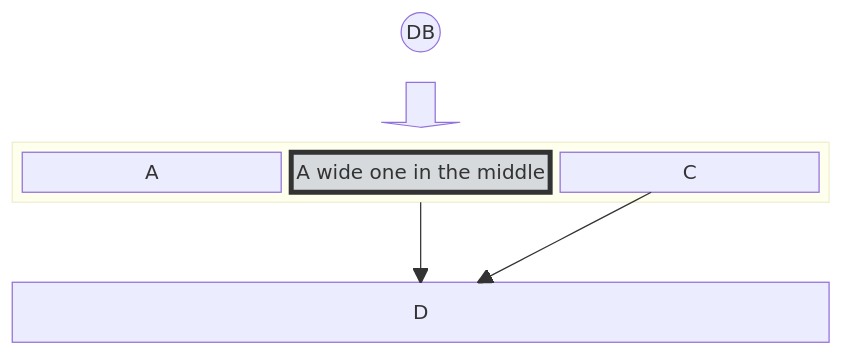
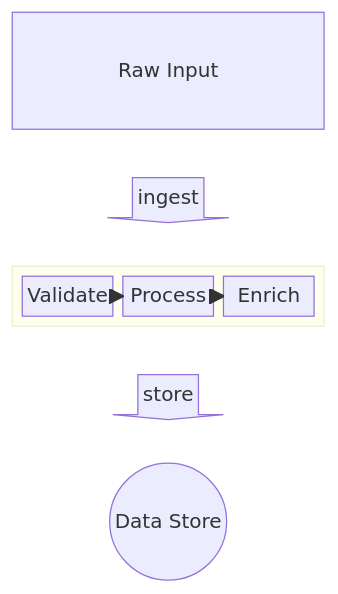
One commit to OKHP3/mermaid-theme-builder changed the diagram in examples/basic-block.mmd. Above: the diagram before and after it, drawn with Mermaid. The commit also changed 7 other files, not shown here.

First line of the commit message:
Enrich basic-*.mmd examples for 7 new diagram families (Task #147)

```diff
--- a/examples/basic-block.mmd
+++ b/examples/basic-block.mmd
@@ -1,14 +1,13 @@
 block-beta
-        columns 1
-          db(("DB"))
-          blockArrowId6<["&nbsp;&nbsp;&nbsp;"]>(down)
-          block:ID
-            A
-            B["A wide one in the middle"]
-            C
-          end
-          space
-          D
-          ID --> D
-          C --> D
-          style B fill:#d6dadd,stroke:#333,stroke-width:4px
+  columns 1
+  in["Raw Input"]
+  blockArrowId1<["ingest"]>(down)
+  block:transform
+    columns 3
+    validate["Validate"] process["Process"] enrich["Enrich"]
+  end
+  blockArrowId2<["store"]>(down)
+  out(("Data Store"))
+
+  validate --> process
+  process --> enrich
```
